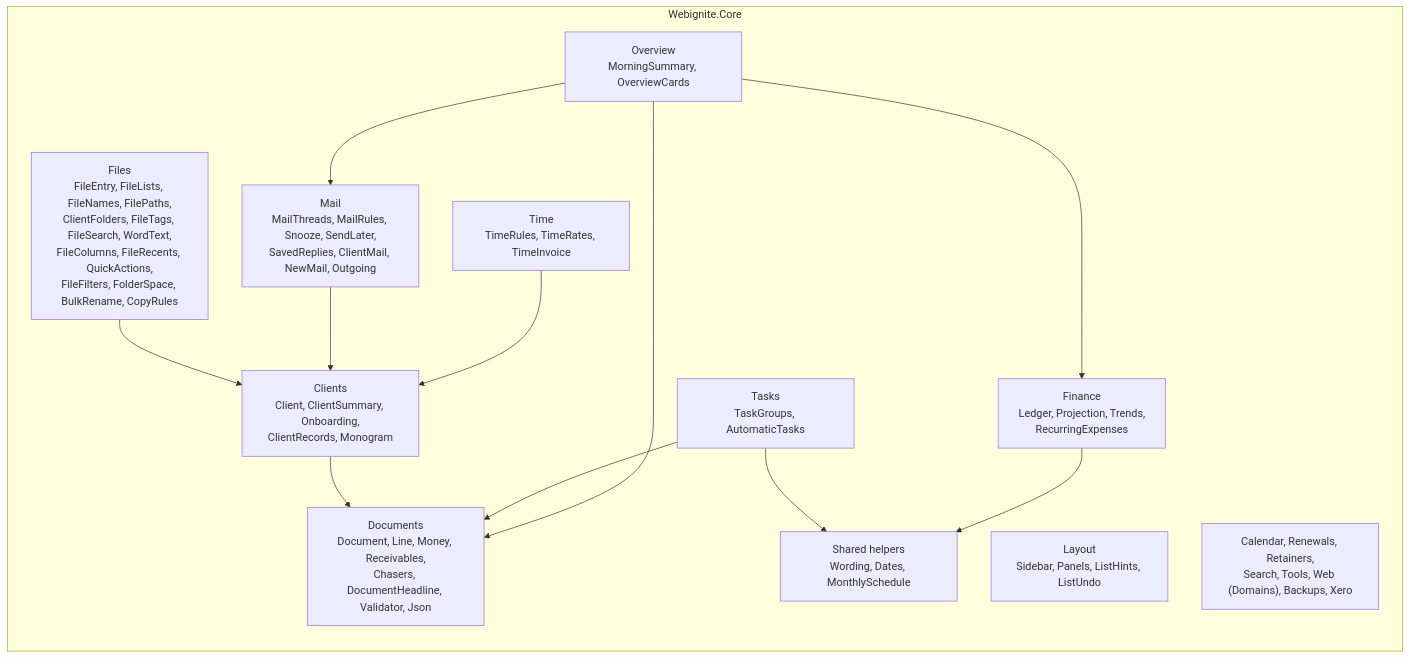
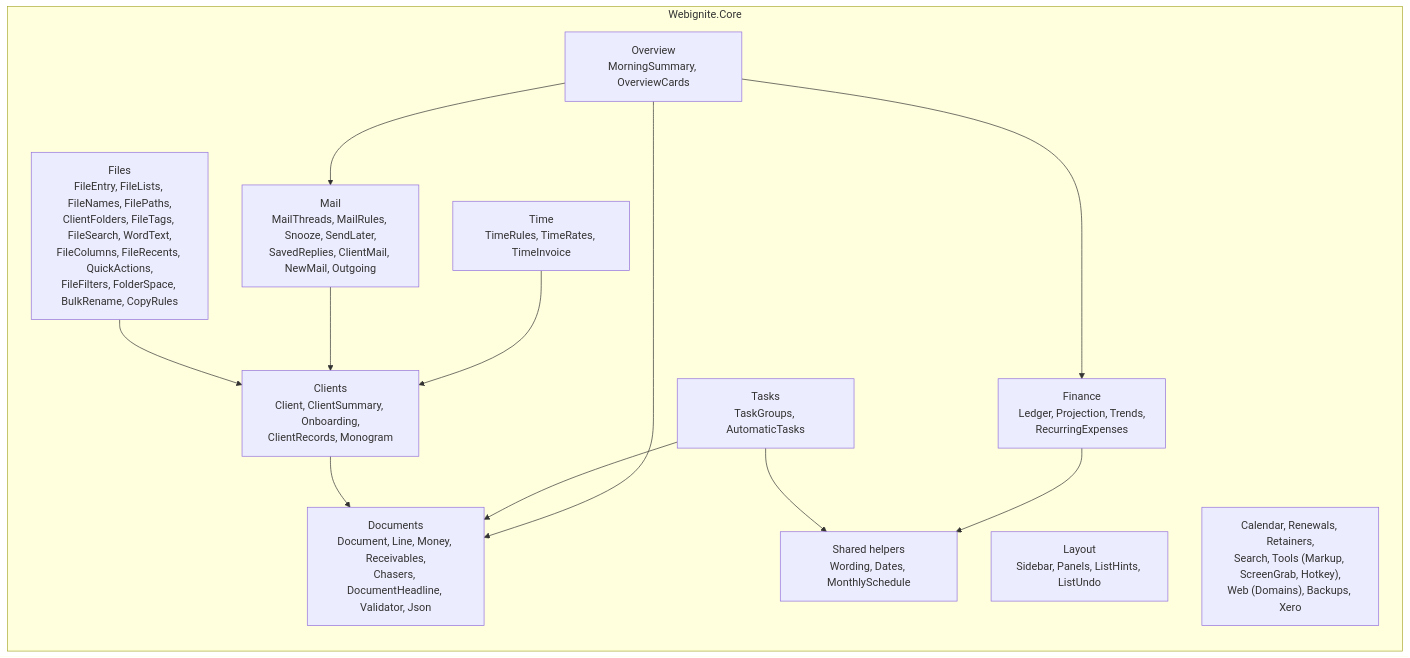
One commit to EdWebIgnite/Webignite-Desktop changed the fourth of 9 diagrams in docs/architecture.md. Above: the diagram before and after it, drawn with Mermaid. The commit also changed other lines of this file and 20 other files, not shown here.

````diff
--- a/docs/architecture.md
+++ b/docs/architecture.md
@@ -114,26 +114,26 @@
 ```mermaid
 flowchart LR
     subgraph core["Webignite.Core"]
         documents["Documents<br/>Document, Line, Money, Receivables,<br/>Chasers, DocumentHeadline, Validator, Json"]
         clients["Clients<br/>Client, ClientSummary, Onboarding,<br/>ClientRecords, Monogram"]
         mailc["Mail<br/>MailThreads, MailRules, Snooze, SendLater,<br/>SavedReplies, ClientMail, NewMail, Outgoing"]
         finance["Finance<br/>Ledger, Projection, Trends,<br/>RecurringExpenses"]
         time["Time<br/>TimeRules, TimeRates, TimeInvoice"]
         tasks["Tasks<br/>TaskGroups, AutomaticTasks"]
         overview["Overview<br/>MorningSummary, OverviewCards"]
         layout["Layout<br/>Sidebar, Panels, ListHints, ListUndo"]
         shared["Shared helpers<br/>Wording, Dates, MonthlySchedule"]
         files["Files<br/>FileEntry, FileLists, FileNames, FilePaths,<br/>ClientFolders, FileTags, FileSearch, WordText,<br/>FileColumns, FileRecents, QuickActions,<br/>FileFilters, FolderSpace, BulkRename, CopyRules"]
-        other["Calendar, Renewals, Retainers,<br/>Search, Tools, Web (Domains), Backups, Xero"]
+        other["Calendar, Renewals, Retainers,<br/>Search, Tools (Markup, ScreenGrab, Hotkey),<br/>Web (Domains), Backups, Xero"]
     end
     overview --> documents
     overview --> finance
     overview --> mailc
     tasks --> documents
     clients --> documents
     time --> clients
     mailc --> clients
     files --> clients
     finance --> shared
     tasks --> shared
 ```
````
